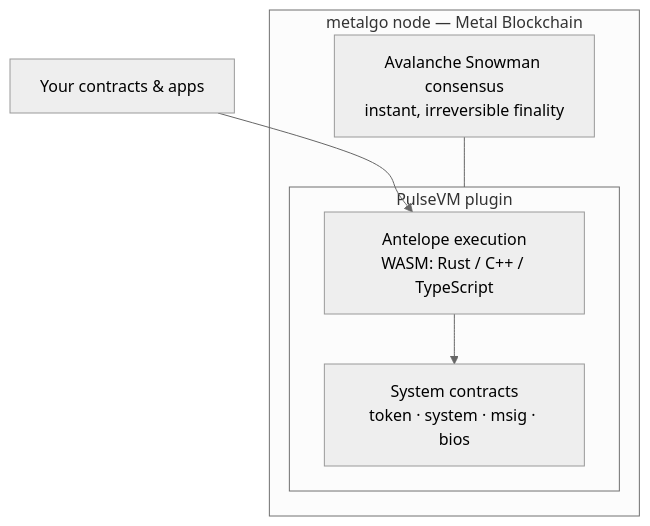
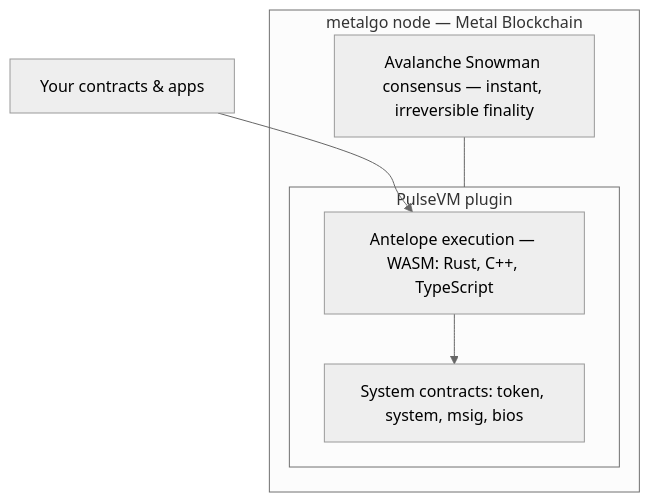
Before and after one commit to paulgnz/pulsevm-docs: the diagram in docs/guide/what-is-pulsevm.md, drawn with Mermaid (neutral theme).

Commit message:
fix: stack diagram clipping — drop manual <br/> in node labels, let Mermaid auto-wrap so boxes grow to fit (matches the other diagrams)

````diff
--- a/docs/guide/what-is-pulsevm.md
+++ b/docs/guide/what-is-pulsevm.md
@@ -13,13 +13,13 @@
 ```mermaid
 flowchart TB
   subgraph metalgo["metalgo node — Metal Blockchain"]
-    snow["Avalanche Snowman consensus<br/>instant, irreversible finality"]
+    snow["Avalanche Snowman consensus — instant, irreversible finality"]
     subgraph pulsevm["PulseVM plugin"]
-      exec["Antelope execution<br/>WASM: Rust / C++ / TypeScript"]
-      sys["System contracts<br/>token · system · msig · bios"]
+      exec["Antelope execution — WASM: Rust, C++, TypeScript"]
+      sys["System contracts: token, system, msig, bios"]
     end
   end
   apps["Your contracts & apps"] --> exec
   exec --> sys
   snow --- pulsevm
 ```
````
